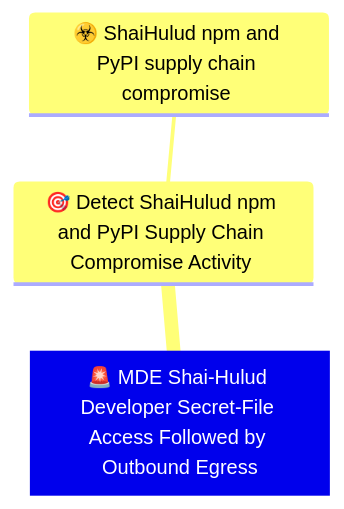
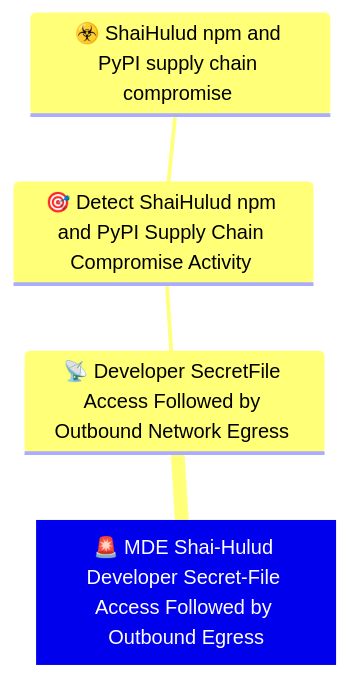
Before and after one commit to OpenTideHQ/WikiTide: the diagram in Models/Detection Rules/🚨 MDE Shai-Hulud Developer Secret-File Access Followed by Outbound Egress.md, drawn with Mermaid. The commit also changed other lines of this file and 23 other files, not shown here.

````diff
--- a/Models/Detection Rules/🚨 MDE Shai-Hulud Developer Secret-File Access Followed by Outbound Egress.md
+++ b/Models/Detection Rules/🚨 MDE Shai-Hulud Developer Secret-File Access Followed by Outbound Egress.md
@@ -40,11 +40,13 @@
 ```mermaid
 
 mindmap
 Root[🚨 MDE Shai-Hulud Developer Secret-File Access Followed by Outbound Egress]
     
-      🎯 Detect ShaiHulud npm and PyPI Supply Chain Compromise Activity 
-          ☣️ ShaiHulud npm and PyPI supply chain compromise 
+      📡 Developer SecretFile Access Followed by Outbound Network Egress 
+          🎯 Detect ShaiHulud npm and PyPI Supply Chain Compromise Activity 
+              ☣️ ShaiHulud npm and PyPI supply chain compromise 
+        
     
 
 
 ```
````
